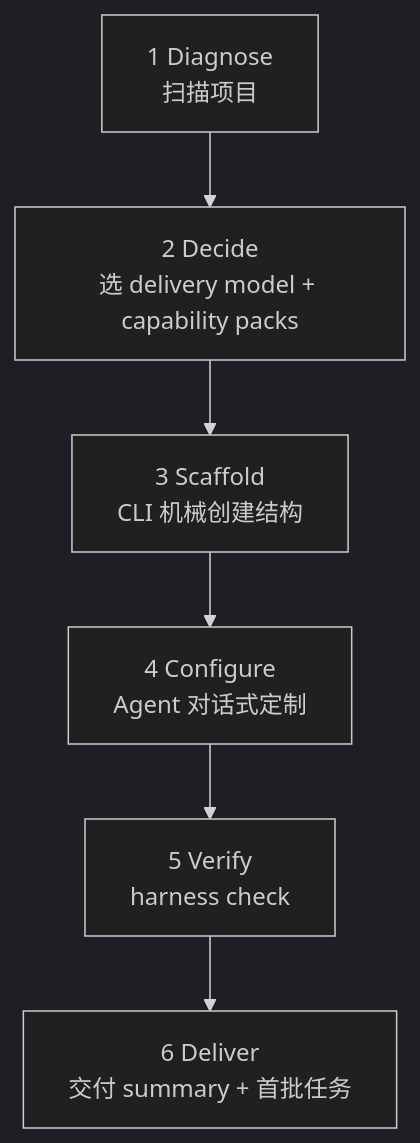
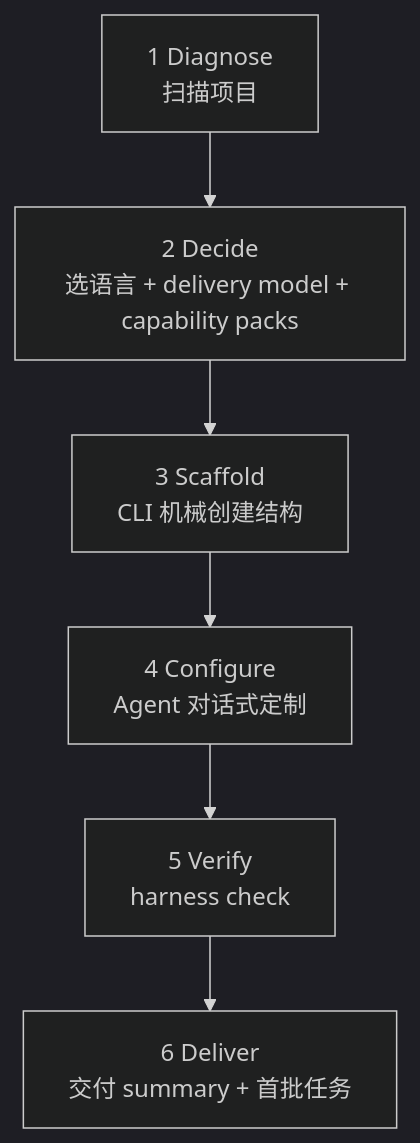
The third of 12 diagrams in docs-release/release/v1.0-visual-roadmap-cn.md (FairladyZ625/coding-agent-harness), drawn with Mermaid (dark theme) before and after one commit. The commit also changed other lines of this file and 103 other files, not shown here.

````diff
--- a/docs-release/release/v1.0-visual-roadmap-cn.md
+++ b/docs-release/release/v1.0-visual-roadmap-cn.md
@@ -53,11 +61,11 @@
 ```mermaid
 flowchart TB
   Diagnose["1 Diagnose<br/>扫描项目"]
-  Decide["2 Decide<br/>选 delivery model + capability packs"]
+  Decide["2 Decide<br/>选语言 + delivery model + capability packs"]
   Scaffold["3 Scaffold<br/>CLI 机械创建结构"]
   Configure["4 Configure<br/>Agent 对话式定制"]
   Verify["5 Verify<br/>harness check"]
   Deliver["6 Deliver<br/>交付 summary + 首批任务"]
 
   Diagnose --> Decide --> Scaffold --> Configure --> Verify --> Deliver
 ```
````
